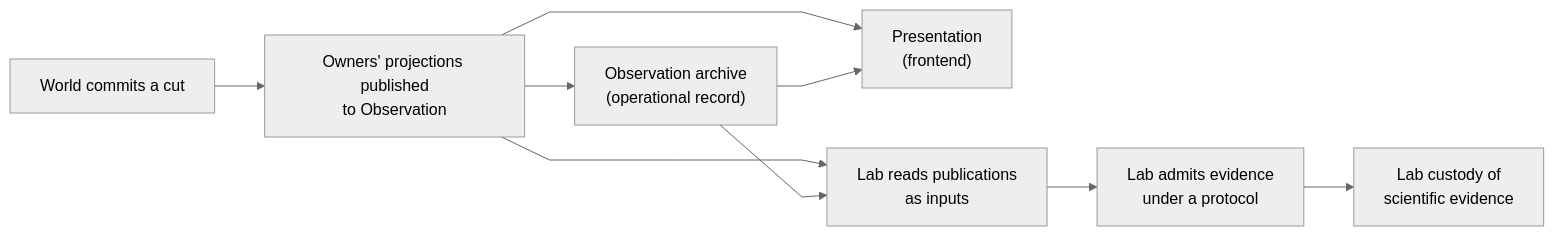
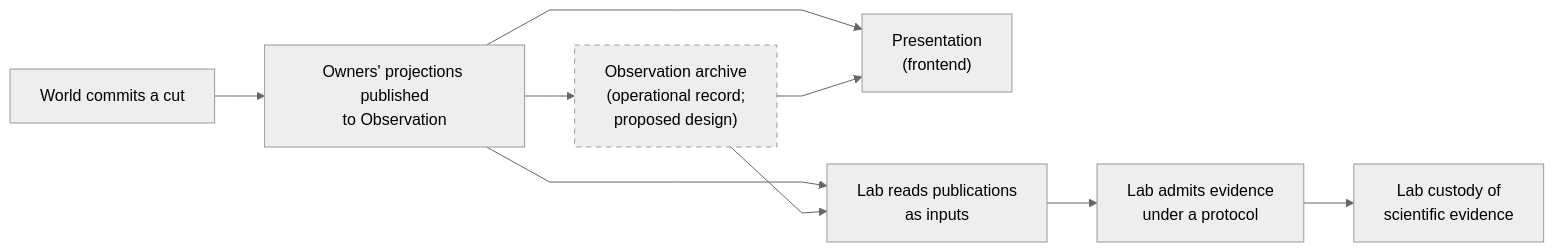
One commit to biopeia/docs changed the third of 3 diagrams in explanation/biopeia/what-biopeia-is.md. Above: the diagram before and after it, drawn with Mermaid. The commit also changed other lines of this file, not shown here.

Commit message:
docs(biopeia): mark the Observation archive as a proposed design in the evidence diagram

````diff
--- a/explanation/biopeia/what-biopeia-is.md
+++ b/explanation/biopeia/what-biopeia-is.md
@@ -200,18 +200,19 @@
 ```mermaid
 %%{init: {'theme': 'neutral', 'flowchart': {'curve': 'linear'}}}%%
 flowchart LR
   commit["World commits a cut"]
   pub["Owners' projections published<br/>to Observation"]
-  archive["Observation archive<br/>(operational record)"]
+  archive["Observation archive<br/>(operational record;<br/>proposed design)"]
   present["Presentation<br/>(frontend)"]
   labread["Lab reads publications<br/>as inputs"]
   admit["Lab admits evidence<br/>under a protocol"]
   custody["Lab custody of<br/>scientific evidence"]
   commit --> pub
   pub --> archive
   pub --> present
   archive --> present
   pub --> labread
   archive --> labread
   labread --> admit --> custody
+  style archive stroke-dasharray: 5 5
 ```
````
